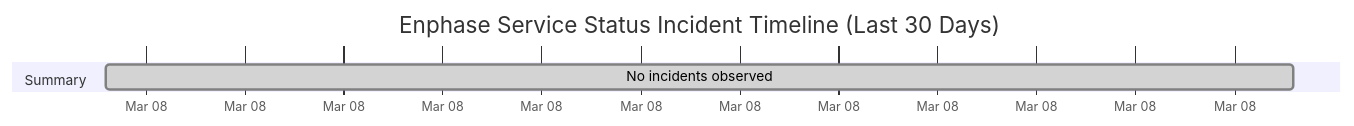
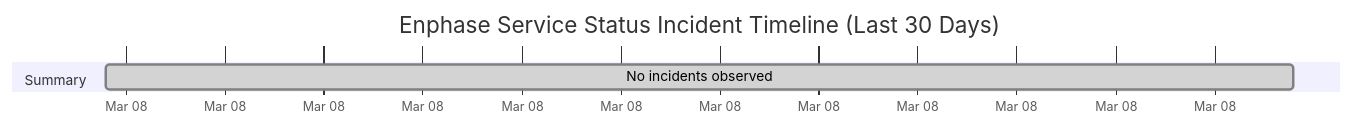
Before and after one commit to barneyonline/ha-enphase-ev-charger: the diagram in wiki/Service-Status-History.md, drawn with Mermaid. The commit also changed other lines of this file and 3 other files, not shown here.

````diff
--- a/wiki/Service-Status-History.md
+++ b/wiki/Service-Status-History.md
@@ -14,8 +14,8 @@
 ```mermaid
 gantt
     title Enphase Service Status Incident Timeline (Last 30 Days)
     dateFormat  YYYY-MM-DDTHH:mm:ss
     axisFormat  %b %d
     section Summary
-    No incidents observed :done, 2026-03-08T13:34:08, 1m
+    No incidents observed :done, 2026-03-08T14:17:24, 1m
 ```
````
